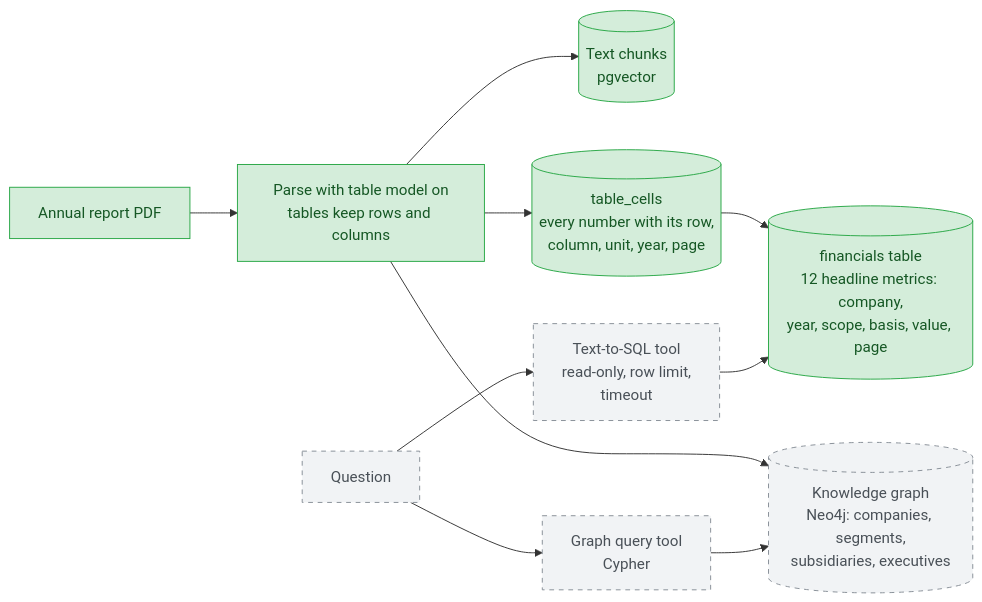
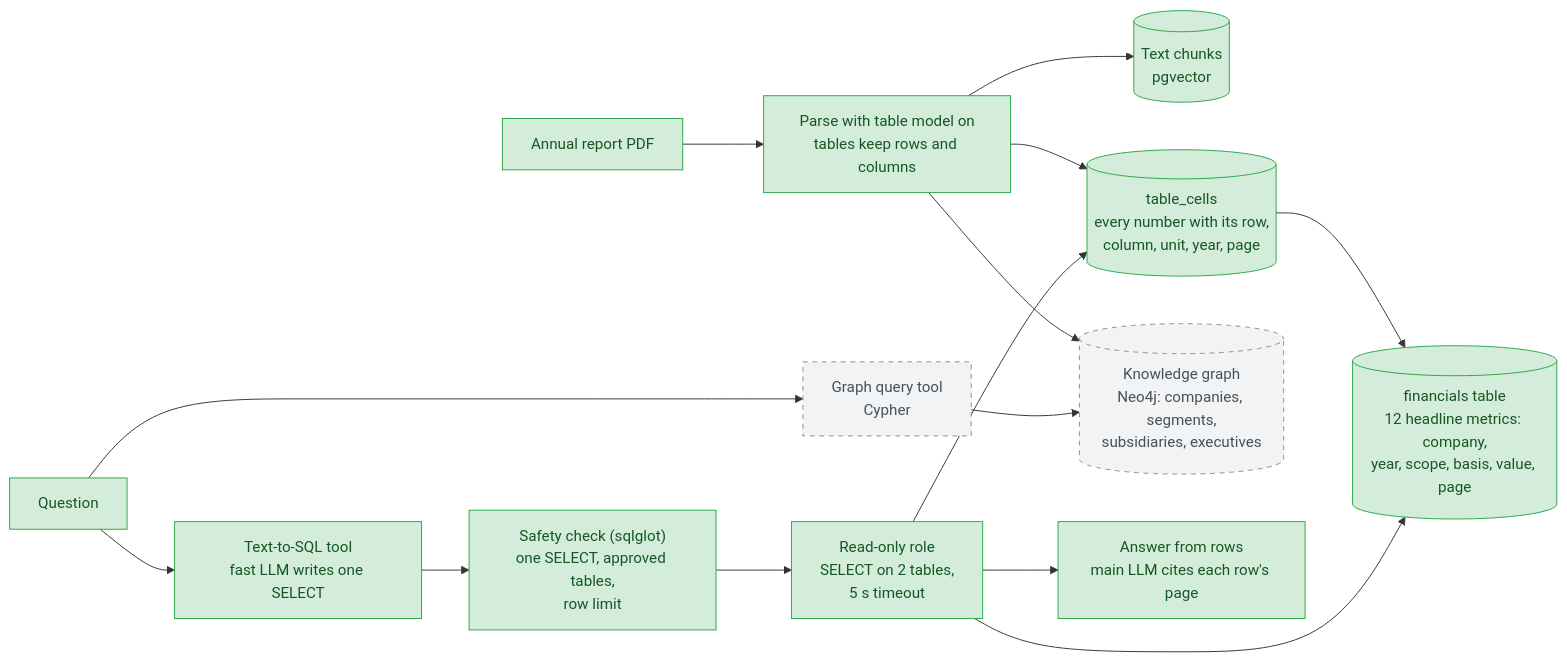
One commit to madeleine68/Reportlens changed the fourth of 6 diagrams in README.md. Above: the diagram before and after it, drawn with Mermaid. The commit also changed other lines of this file and 15 other files, not shown here.

First line of the commit message:
Phase 3: text-to-SQL tool with three safety layers

````diff
--- a/README.md
+++ b/README.md
@@ -210,17 +211,21 @@
 ```mermaid
 flowchart LR
     pdf["Annual report PDF"] --> parse["Parse with table model on<br/>tables keep rows and columns"]
     parse --> text[("Text chunks<br/>pgvector")]
     parse --> cells[("table_cells<br/>every number with its row,<br/>column, unit, year, page")]
     cells --> fin[("financials table<br/>12 headline metrics: company,<br/>year, scope, basis, value, page")]
     parse --> kg[("Knowledge graph<br/>Neo4j: companies, segments,<br/>subsidiaries, executives")]
-    q["Question"] --> sqltool["Text-to-SQL tool<br/>read-only, row limit,<br/>timeout"]
+    q["Question"] --> sqltool["Text-to-SQL tool<br/>fast LLM writes one SELECT"]
+    sqltool --> safety["Safety check (sqlglot)<br/>one SELECT, approved tables,<br/>row limit"]
+    safety --> reader["Read-only role<br/>SELECT on 2 tables,<br/>5 s timeout"]
+    reader --> fin
+    reader --> cells
+    reader --> sqlans["Answer from rows<br/>main LLM cites each row's page"]
     q --> cypher["Graph query tool<br/>Cypher"]
-    sqltool --> fin
     cypher --> kg
 
     classDef planned fill:#f1f3f5,stroke:#868e96,color:#495057,stroke-dasharray: 5 5
     classDef done fill:#d4edda,stroke:#28a745,color:#155724
-    class pdf,parse,text,cells,fin done
-    class kg,q,sqltool,cypher planned
+    class pdf,parse,text,cells,fin,q,sqltool,safety,reader,sqlans done
+    class kg,cypher planned
 ```
````
